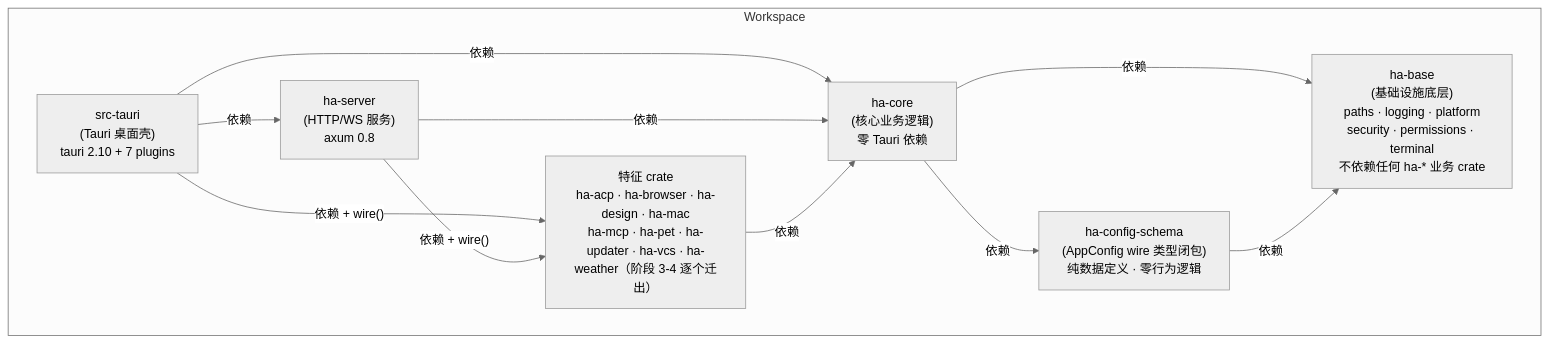
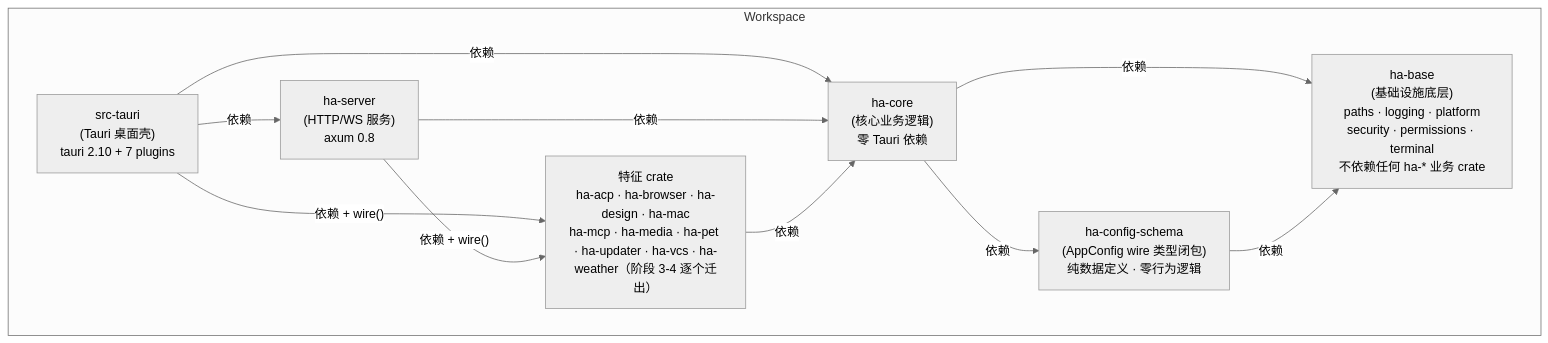
One commit to shiwenwen/hope-agent changed the first of 6 diagrams in docs/architecture/backend-separation.md. Above: the diagram before and after it, drawn with Mermaid (neutral theme). The commit also changed other lines of this file and 147 other files, not shown here.

````diff
--- a/docs/architecture/backend-separation.md
+++ b/docs/architecture/backend-separation.md
@@ -15,22 +15,22 @@
 ```mermaid
 graph TD
     subgraph Workspace
         HA_TAURI["src-tauri<br/>(Tauri 桌面壳)<br/>tauri 2.10 + 7 plugins"]
         HA_SERVER["ha-server<br/>(HTTP/WS 服务)<br/>axum 0.8"]
-        HA_FEAT["特征 crate<br/>ha-acp · ha-browser · ha-design · ha-mac<br/>ha-mcp · ha-pet · ha-updater · ha-vcs · ha-weather（阶段 3-4 逐个迁出）"]
+        HA_FEAT["特征 crate<br/>ha-acp · ha-browser · ha-design · ha-mac<br/>ha-mcp · ha-media · ha-pet · ha-updater · ha-vcs · ha-weather（阶段 3-4 逐个迁出）"]
         HA_CORE["ha-core<br/>(核心业务逻辑)<br/>零 Tauri 依赖"]
         HA_SCHEMA["ha-config-schema<br/>(AppConfig wire 类型闭包)<br/>纯数据定义 · 零行为逻辑"]
         HA_BASE["ha-base<br/>(基础设施底层)<br/>paths · logging · platform<br/>security · permissions · terminal<br/>不依赖任何 ha-* 业务 crate"]
     end
 
     HA_TAURI -->|"依赖"| HA_SERVER
     HA_TAURI -->|"依赖 + wire()"| HA_FEAT
     HA_TAURI -->|"依赖"| HA_CORE
     HA_SERVER -->|"依赖 + wire()"| HA_FEAT
     HA_SERVER -->|"依赖"| HA_CORE
     HA_FEAT -->|"依赖"| HA_CORE
     HA_CORE -->|"依赖"| HA_SCHEMA
     HA_CORE -->|"依赖"| HA_BASE
     HA_SCHEMA -->|"依赖"| HA_BASE
 
 ```
````
